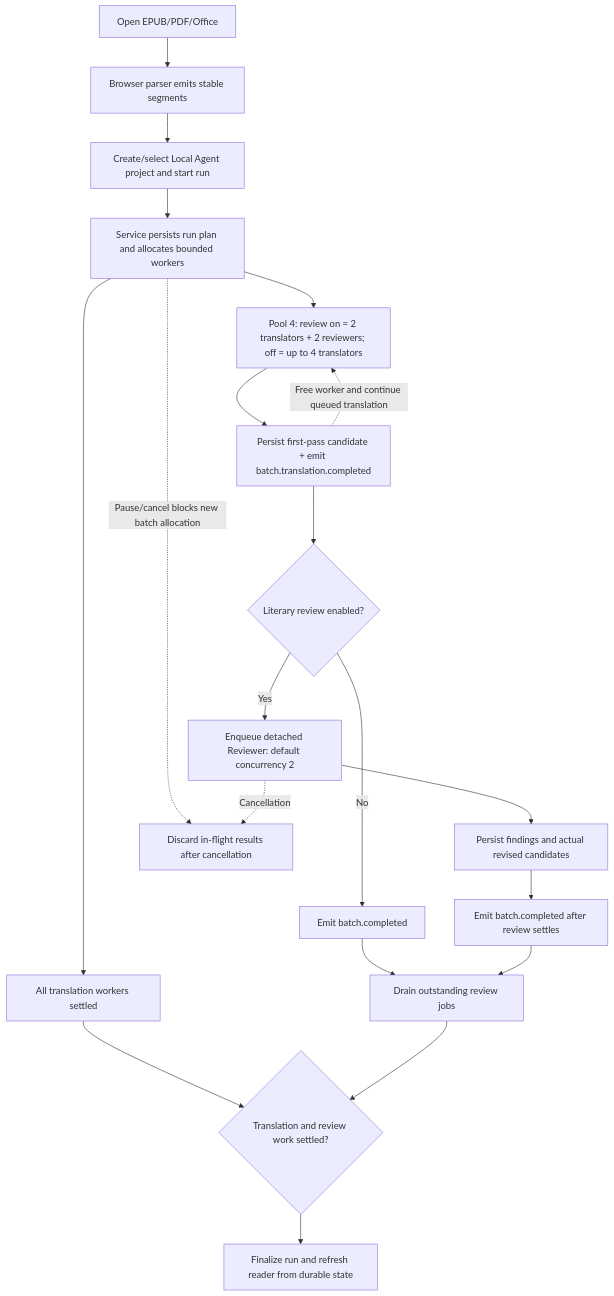
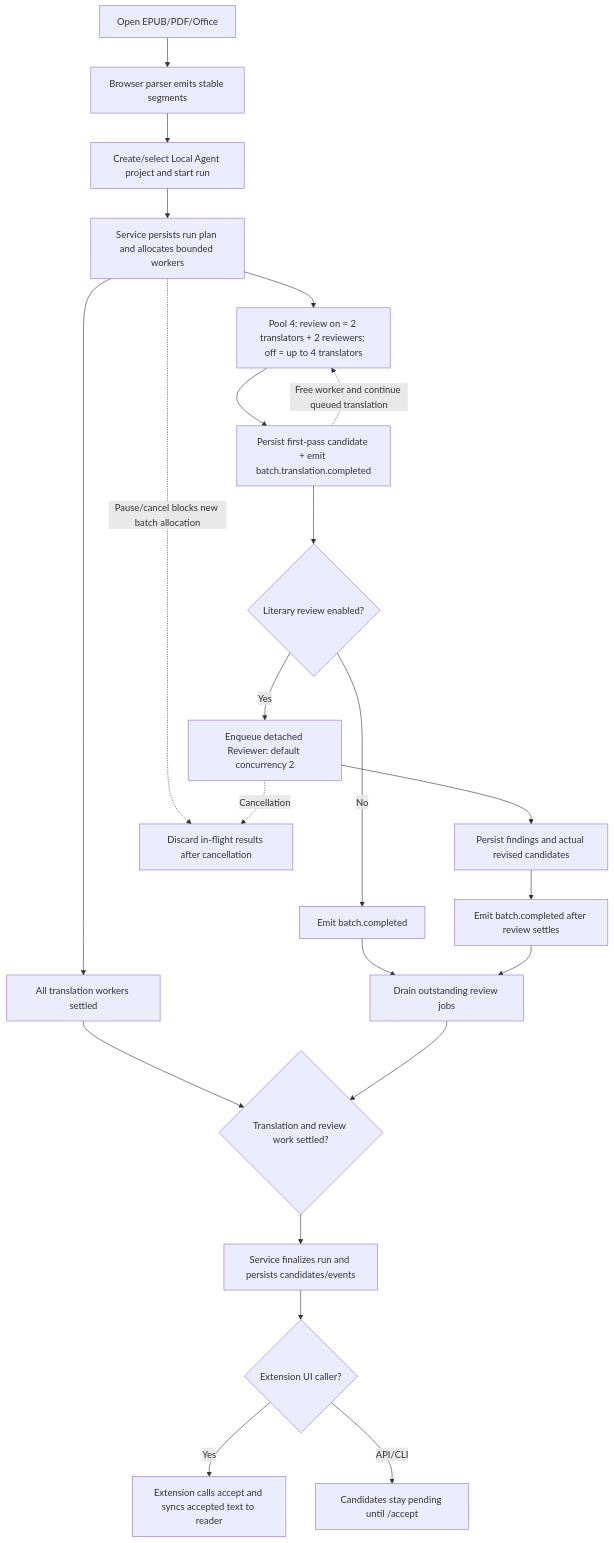
One commit to saga/fanyi-extension changed the fifth of 5 diagrams in README.md. Above: the diagram before and after it, drawn with Mermaid.

Commit message:
docs: show extension auto-accept and API candidate gate

````diff
--- a/README.md
+++ b/README.md
@@ -315,22 +315,25 @@
 ```mermaid
 flowchart TD
     A[Open EPUB/PDF/Office] --> B[Browser parser emits stable segments]
     B --> C[Create/select Local Agent project and start run]
     C --> D[Service persists run plan and allocates bounded workers]
     D --> E[Pool 4: review on = 2 translators + 2 reviewers; off = up to 4 translators]
     E --> F[Persist first-pass candidate + emit batch.translation.completed]
     F --> G{Literary review enabled?}
     G -- No --> H[Emit batch.completed]
     G -- Yes --> I[Enqueue detached Reviewer: default concurrency 2]
     I --> J[Persist findings and actual revised candidates]
     J --> K[Emit batch.completed after review settles]
     F -. Free worker and continue queued translation .-> E
     D --> L[All translation workers settled]
     H --> M[Drain outstanding review jobs]
     K --> M
     L --> N{Translation and review work settled?}
     M --> N
-    N --> O[Finalize run and refresh reader from durable state]
+    N --> O[Service finalizes run and persists candidates/events]
+    O --> Q{Extension UI caller?}
+    Q -- Yes --> R[Extension calls accept and syncs accepted text to reader]
+    Q -- API/CLI --> S[Candidates stay pending until /accept]
     D -. Pause/cancel blocks new batch allocation .-> P[Discard in-flight results after cancellation]
     I -. Cancellation .-> P
 ```
````
